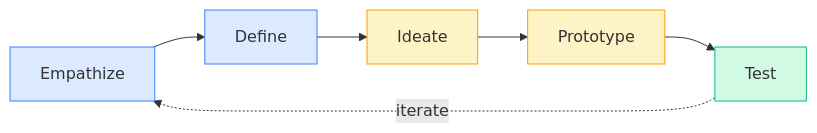
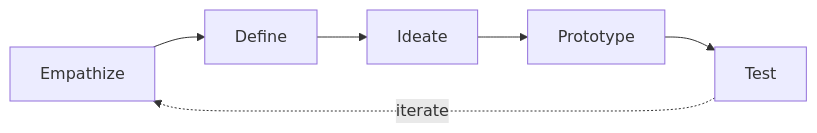
One commit to smileynet/ui-optimizer changed the first of 2 diagrams in docs/product-design/explanation/design-thinking.md. Above: the diagram before and after it, drawn with Mermaid. The commit also changed other lines of this file and 6 other files, not shown here.

First line of the commit message:
fix: remove hardcoded Mermaid fill colors for dark mode compatibility

````diff
--- a/docs/product-design/explanation/design-thinking.md
+++ b/docs/product-design/explanation/design-thinking.md
@@ -15,11 +15,5 @@
 ```mermaid
 flowchart LR
     E[Empathize] --> D[Define] --> I[Ideate] --> P[Prototype] --> T[Test]
     T -.->|iterate| E
-    
-    style E fill:#dbeafe,stroke:#3b82f6
-    style D fill:#dbeafe,stroke:#3b82f6
-    style I fill:#fef3c7,stroke:#f59e0b
-    style P fill:#fef3c7,stroke:#f59e0b
-    style T fill:#d1fae5,stroke:#10b981
 ```
````
